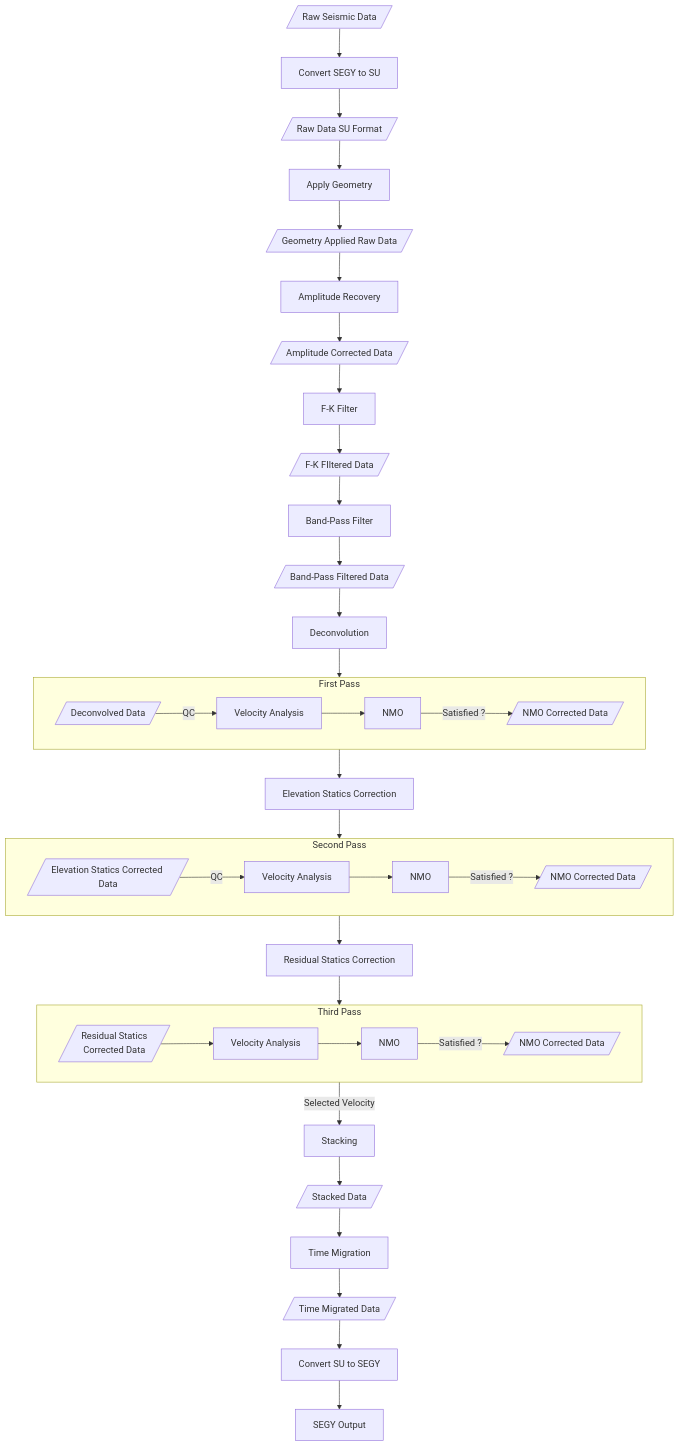
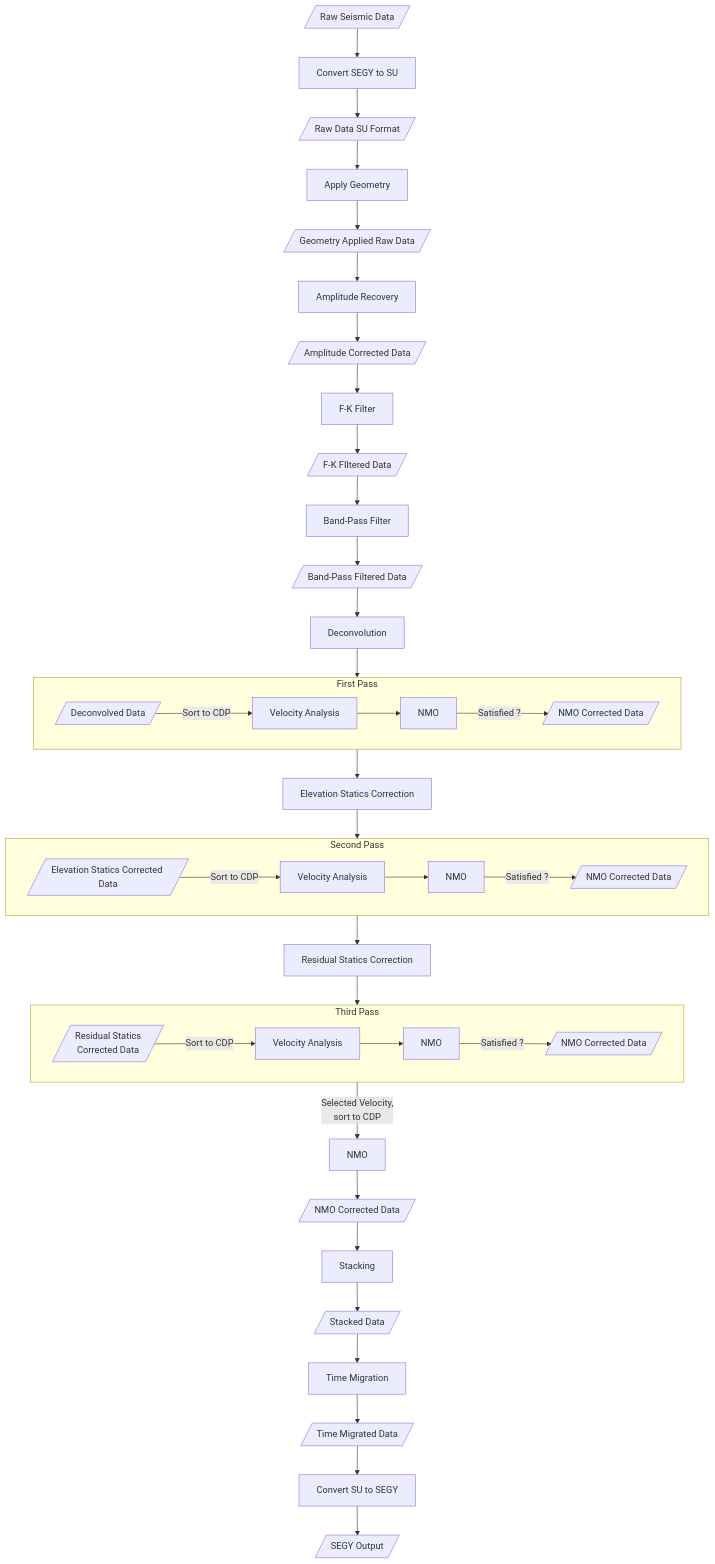
One commit to vandanue/ADG-1 changed the diagram in README.md. Above: the diagram before and after it, drawn with Mermaid.

Commit message:
Update flowchart

````diff
--- a/README.md
+++ b/README.md
@@ -6,46 +6,48 @@
 ```mermaid
 flowchart TD
     A[/Raw Seismic Data/] --> B[Convert SEGY to SU]
     B --> C[/Raw Data SU Format/]
     C --> D[Apply Geometry]
     D --> E[/Geometry Applied Raw Data/]
     E --> F[Amplitude Recovery]
     F --> G[/Amplitude Corrected Data/]
     G --> H[F-K Filter]
     H --> I[/F-K FIltered Data/]
     I --> J[Band-Pass Filter]
     J --> K[/Band-Pass Filtered Data/]
     K --> L[Deconvolution]
     L --> M[/Deconvolved Data/]
     subgraph First Pass
     direction LR
-        M --> |QC| Z[Velocity Analysis]
-        Z --> ZZ[NMO]
-        ZZ --> |Satisfied ?| ZZZ[/NMO Corrected Data/]
+        M --> |Sort to CDP| Z1[Velocity Analysis]
+        Z1 --> Z2[NMO]
+        Z2 --> |Satisfied ?| Z3[/NMO Corrected Data/]
     end
 
     M --> N[Elevation Statics Correction]
     N --> O[/Elevation Statics Corrected Data/] 
     subgraph Second Pass
     direction LR
-        O --> |QC| ZZZZ[Velocity Analysis]
-        ZZZZ --> ZZZZZ[NMO]
-        ZZZZZ --> |Satisfied ?| ZZZZZZ[/NMO Corrected Data/]
+        O --> |Sort to CDP| Z4[Velocity Analysis]
+        Z4 --> Z5[NMO]
+        Z5 --> |Satisfied ?| Z6[/NMO Corrected Data/]
     end
 
     O --> P[Residual Statics Correction]
     P --> Q[/Residual Statics <br/> Corrected Data/]
     subgraph Third Pass
     direction LR
-        Q --> ZZZZZZZ[Velocity Analysis]
-        ZZZZZZZ --> ZZZZZZZZ[NMO]
-        ZZZZZZZZ --> |Satisfied ?| ZZZZZZZZZ[/NMO Corrected Data/]
+        Q --> |Sort to CDP| Z7[Velocity Analysis]
+        Z7 --> Z8[NMO]
+        Z8 --> |Satisfied ?| Z9[/NMO Corrected Data/]
     end
 
-    Q --> |Selected Velocity| R[Stacking]
-    R --> S[/Stacked Data/]
-    S --> T[Time Migration]
-    T --> U[/Time Migrated Data/]
-    U --> V[Convert SU to SEGY]
-    V --> W[SEGY Output]
+    Q --> |Selected Velocity, <br/> sort to CDP| R[NMO]
+    R --> S[/NMO Corrected Data/]
+    S --> T[Stacking]
+    T --> U[/Stacked Data/]
+    U --> V[Time Migration]
+    V --> W[/Time Migrated Data/]
+    W --> X[Convert SU to SEGY]
+    X --> Y[/SEGY Output/]
 ```
````
